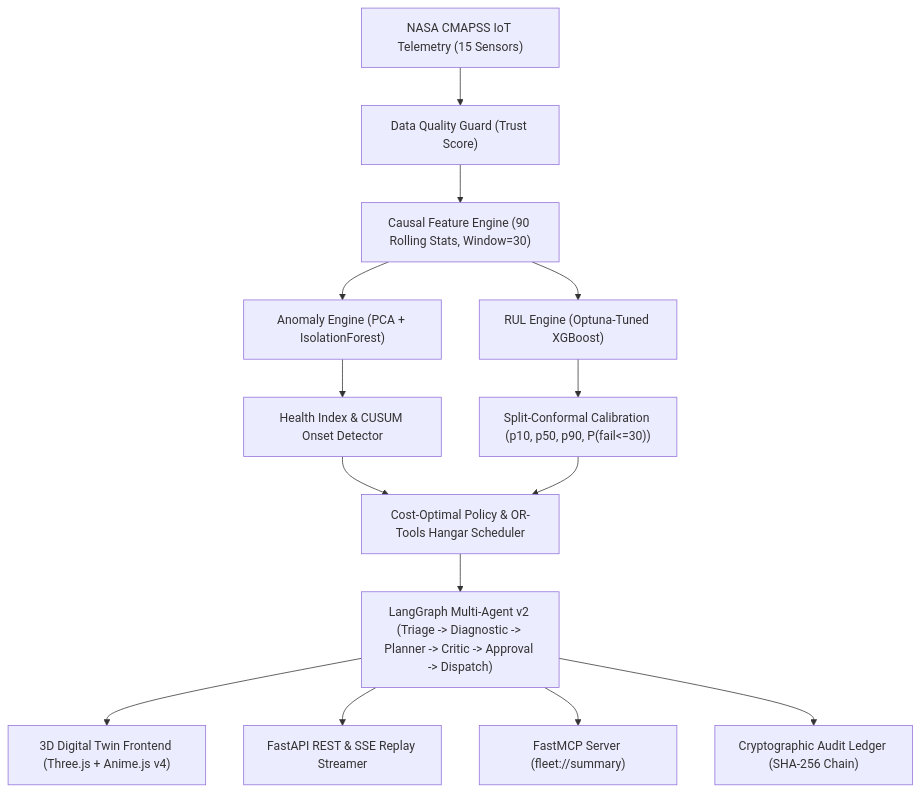
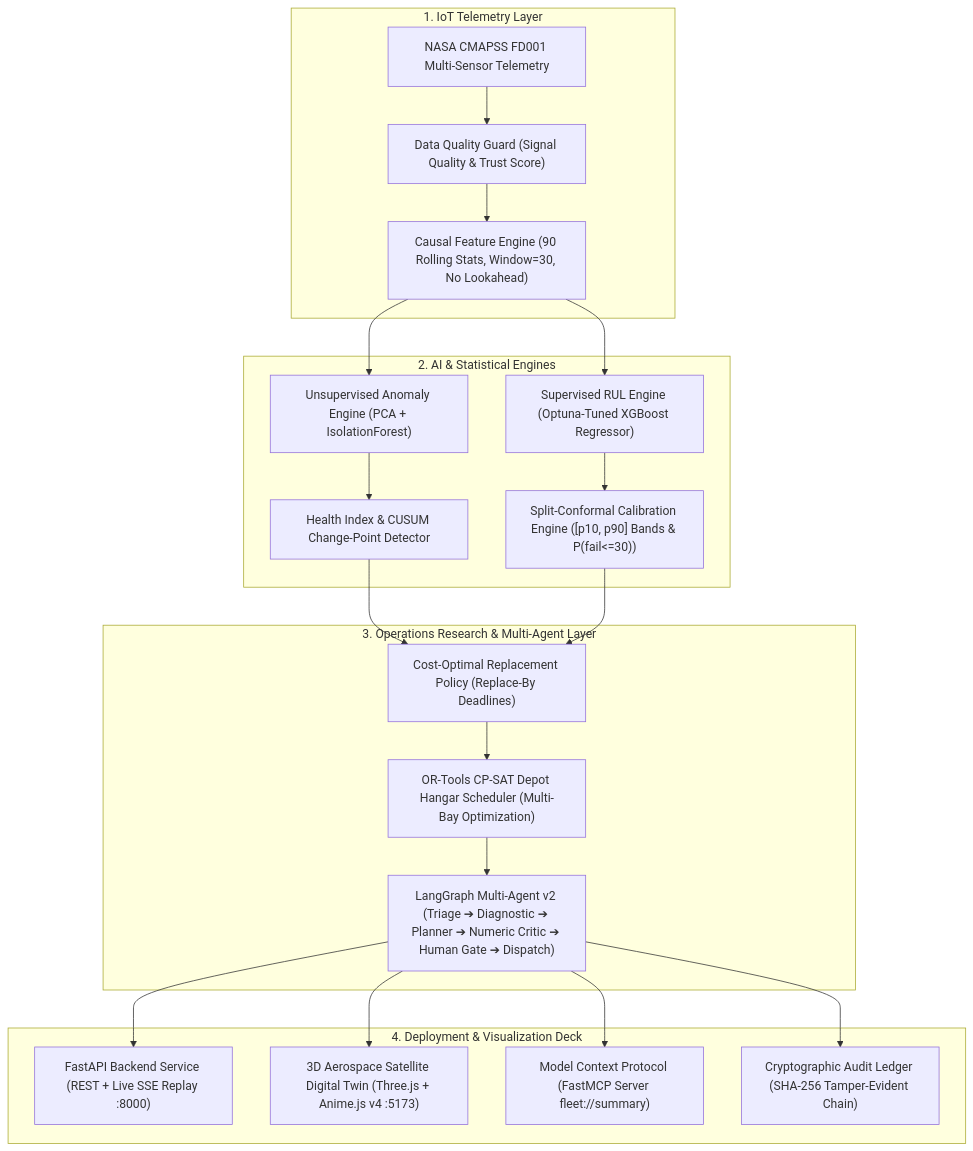
One commit to aniketmehetre/Neural-Storm-2026-FT03-Predictive-Maintenance changed the diagram in README.md. Above: the diagram before and after it, drawn with Mermaid. The commit also changed other lines of this file and 1 other file, not shown here.

````diff
--- a/README.md
+++ b/README.md
@@ -80,15 +100,27 @@
 ```mermaid
 flowchart TD
-    A["NASA CMAPSS IoT Telemetry (15 Sensors)"] --> B["Data Quality Guard (Trust Score)"]
-    B --> C["Causal Feature Engine (90 Rolling Stats, Window=30)"]
-    C --> D1["Anomaly Engine (PCA + IsolationForest)"]
-    C --> D2["RUL Engine (Optuna-Tuned XGBoost)"]
-    D1 --> E1["Health Index & CUSUM Onset Detector"]
-    D2 --> E2["Split-Conformal Calibration (p10, p50, p90, P(fail<=30))"]
-    E1 & E2 --> F["Cost-Optimal Policy & OR-Tools Hangar Scheduler"]
-    F --> G["LangGraph Multi-Agent v2 (Triage -> Diagnostic -> Planner -> Critic -> Approval -> Dispatch)"]
-    G --> H1["3D Digital Twin Frontend (Three.js + Anime.js v4)"]
-    G --> H2["FastAPI REST & SSE Replay Streamer"]
-    G --> H3["FastMCP Server (fleet://summary)"]
-    G --> H4["Cryptographic Audit Ledger (SHA-256 Chain)"]
+    subgraph SENSORS["1. IoT Telemetry Layer"]
+        A["NASA CMAPSS FD001 Multi-Sensor Telemetry"] --> B["Data Quality Guard (Signal Quality & Trust Score)"]
+        B --> C["Causal Feature Engine (90 Rolling Stats, Window=30, No Lookahead)"]
+    end
+
+    subgraph MODELS["2. AI & Statistical Engines"]
+        C --> D1["Unsupervised Anomaly Engine (PCA + IsolationForest)"]
+        C --> D2["Supervised RUL Engine (Optuna-Tuned XGBoost Regressor)"]
+        D1 --> E1["Health Index & CUSUM Change-Point Detector"]
+        D2 --> E2["Split-Conformal Calibration Engine ([p10, p90] Bands & P(fail<=30))"]
+    end
+
+    subgraph DECISION["3. Operations Research & Multi-Agent Layer"]
+        E1 & E2 --> F["Cost-Optimal Replacement Policy (Replace-By Deadlines)"]
+        F --> G["OR-Tools CP-SAT Depot Hangar Scheduler (Multi-Bay Optimization)"]
+        G --> H["LangGraph Multi-Agent v2 (Triage ➔ Diagnostic ➔ Planner ➔ Numeric Critic ➔ Human Gate ➔ Dispatch)"]
+    end
+
+    subgraph OUTPUTS["4. Deployment & Visualization Deck"]
+        H --> I1["FastAPI Backend Service (REST + Live SSE Replay :8000)"]
+        H --> I2["3D Aerospace Satellite Digital Twin (Three.js + Anime.js v4 :5173)"]
+        H --> I3["Model Context Protocol (FastMCP Server fleet://summary)"]
+        H --> I4["Cryptographic Audit Ledger (SHA-256 Tamper-Evident Chain)"]
+    end
 ```
````
